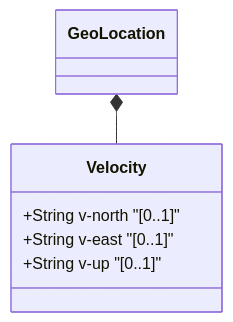
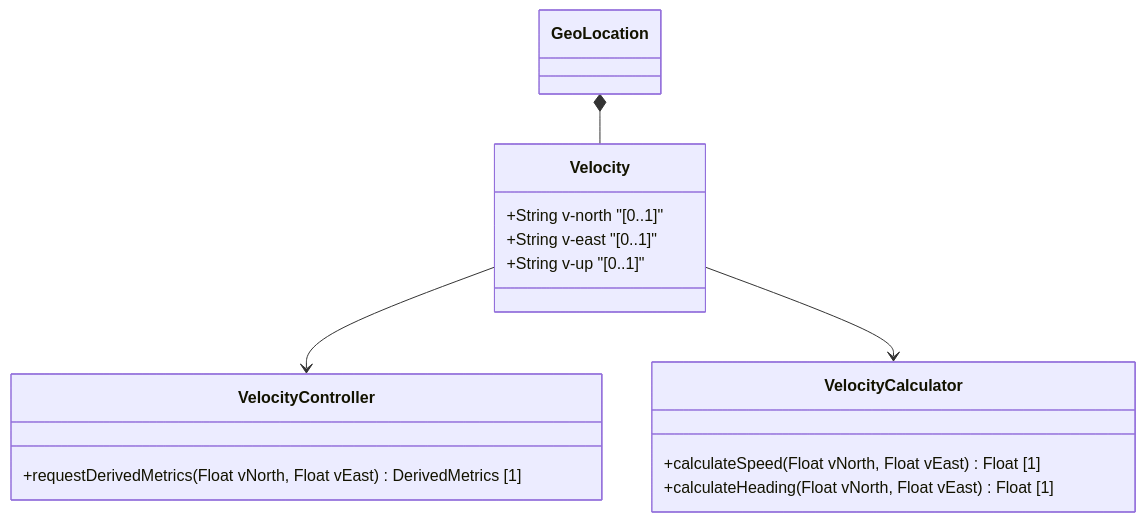
The diagram in docs/features/feat-07-velocity.md (gintatkinson/3dgs-032), drawn with Mermaid before and after one commit. The commit also changed 13 other files, not shown here.

Commit message:
feat: Phase 2 Behavioral Extraction for RFC 9179 (User Stories & UML Fixes)

````diff
--- a/docs/features/feat-07-velocity.md
+++ b/docs/features/feat-07-velocity.md
@@ -22,14 +22,23 @@
 ```mermaid
 classDiagram
     class GeoLocation {
     }
     class Velocity {
         +String v-north "[0..1]"
         +String v-east "[0..1]"
         +String v-up "[0..1]"
     }
+    class VelocityController {
+        +requestDerivedMetrics(Float vNorth, Float vEast) DerivedMetrics [1]
+    }
+    class VelocityCalculator {
+        +calculateSpeed(Float vNorth, Float vEast) Float [1]
+        +calculateHeading(Float vNorth, Float vEast) Float [1]
+    }
 
     GeoLocation *-- Velocity
+    Velocity --> VelocityController
+    Velocity --> VelocityCalculator
 
 
 ```
````
